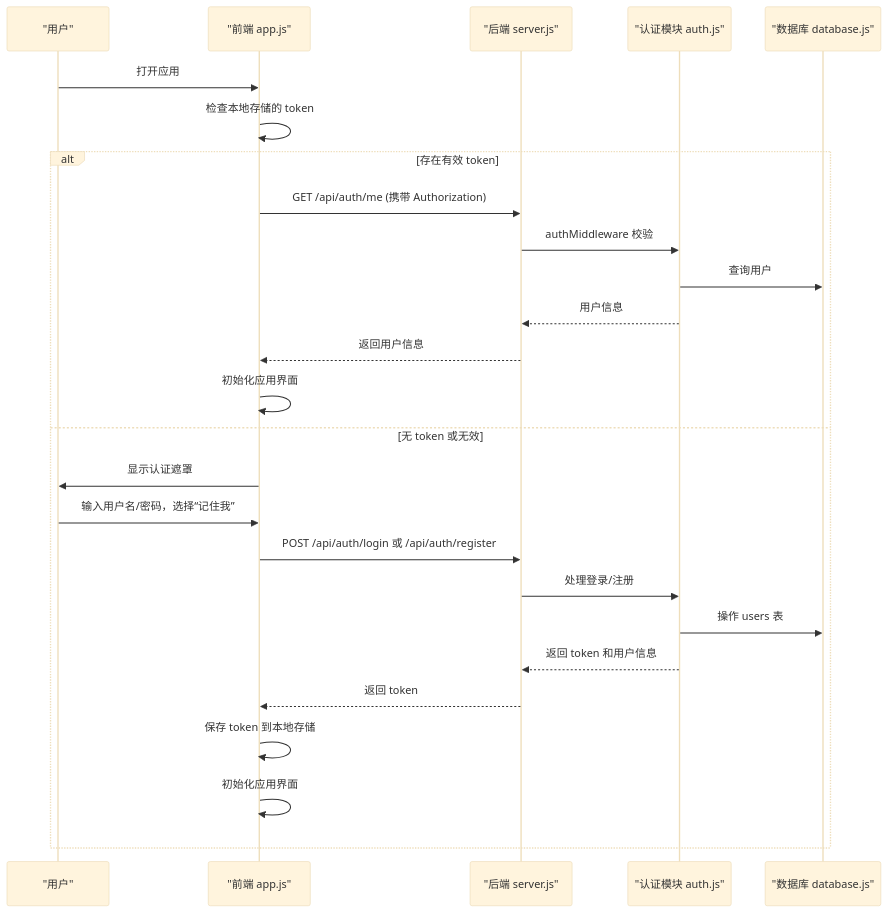
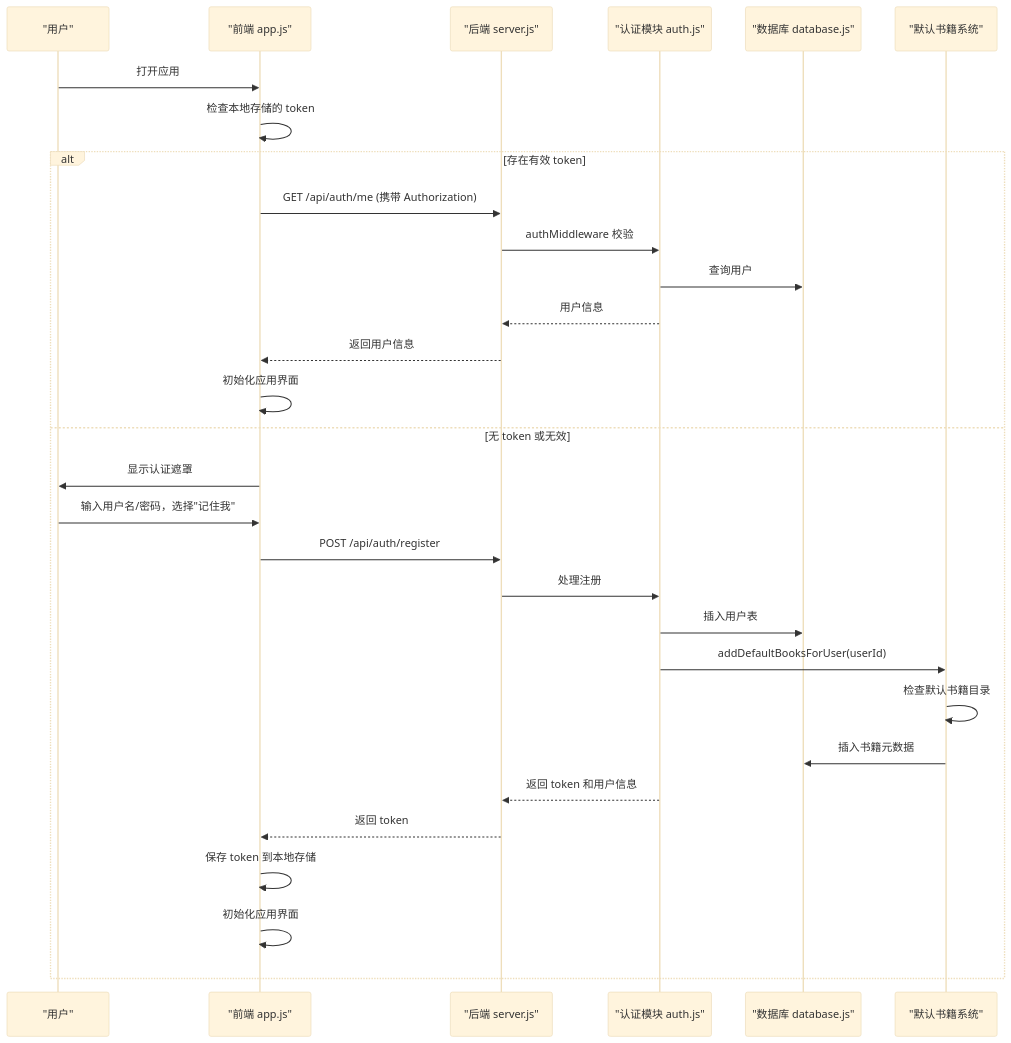
The second of 6 diagrams in .qoder/repowiki/zh/content/用户指南/用户认证.md (1431529361/aread), drawn with Mermaid (base theme) before and after one commit. The commit also changed other lines of this file and 32 other files, not shown here.

````diff
--- a/.qoder/repowiki/zh/content/用户指南/用户认证.md
+++ b/.qoder/repowiki/zh/content/用户指南/用户认证.md
@@ -74,28 +93,32 @@
 ```mermaid
 sequenceDiagram
 participant U as "用户"
 participant F as "前端 app.js"
 participant S as "后端 server.js"
 participant A as "认证模块 auth.js"
 participant D as "数据库 database.js"
+participant DEF as "默认书籍系统"
 U->>F : 打开应用
 F->>F : 检查本地存储的 token
 alt 存在有效 token
 F->>S : GET /api/auth/me (携带 Authorization)
 S->>A : authMiddleware 校验
 A->>D : 查询用户
 A-->>S : 用户信息
 S-->>F : 返回用户信息
 F->>F : 初始化应用界面
 else 无 token 或无效
 F->>U : 显示认证遮罩
-U->>F : 输入用户名/密码，选择“记住我”
-F->>S : POST /api/auth/login 或 /api/auth/register
-S->>A : 处理登录/注册
-A->>D : 操作 users 表
+U->>F : 输入用户名/密码，选择"记住我"
+F->>S : POST /api/auth/register
+S->>A : 处理注册
+A->>D : 插入用户表
+A->>DEF : addDefaultBooksForUser(userId)
+DEF->>DEF : 检查默认书籍目录
+DEF->>D : 插入书籍元数据
 A-->>S : 返回 token 和用户信息
 S-->>F : 返回 token
 F->>F : 保存 token 到本地存储
 F->>F : 初始化应用界面
 end
 ```
````
